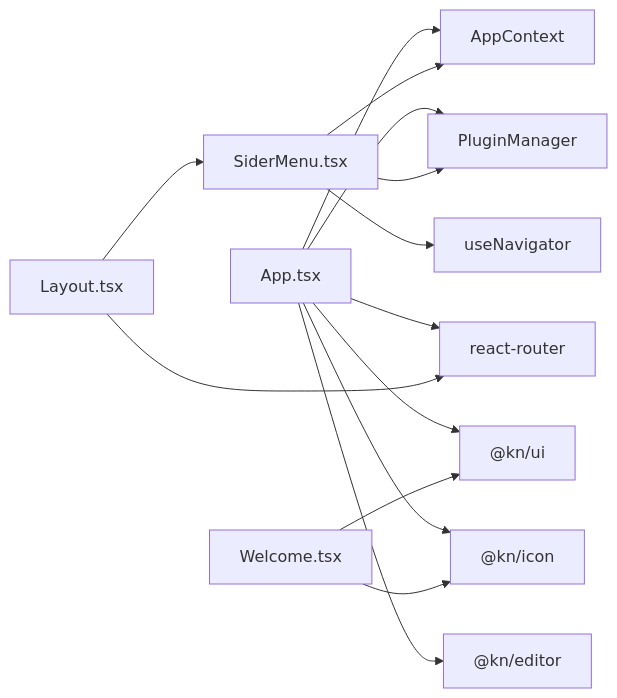
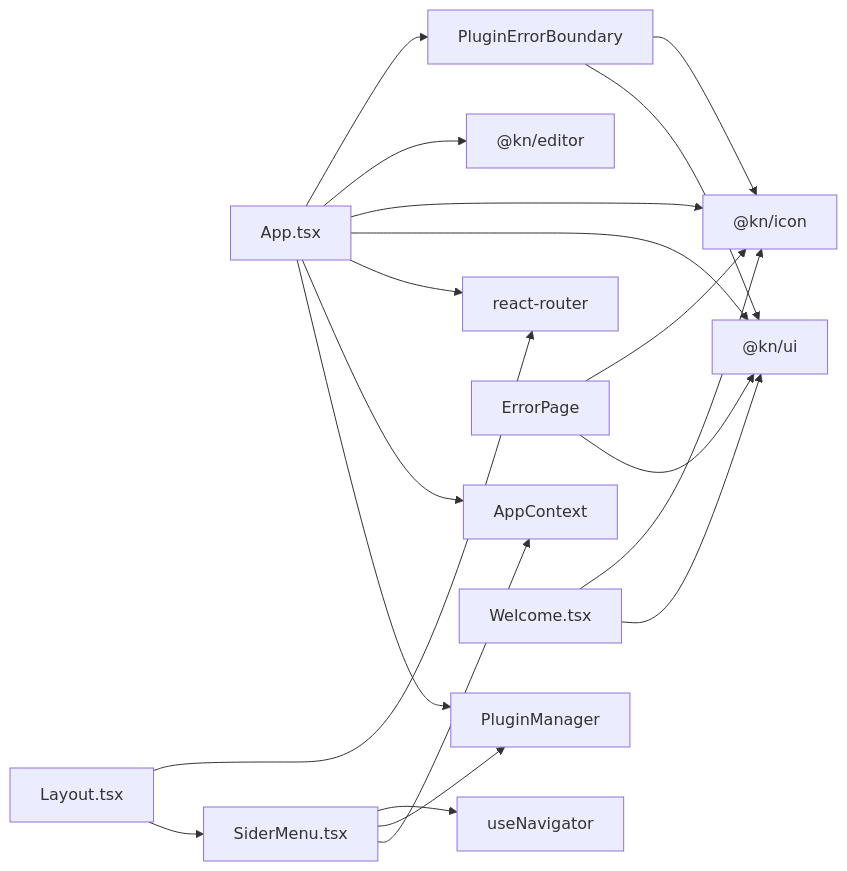
Before and after one commit to LRF0422/Kotion: diagram 11 of 11 in .qoder/repowiki/zh/content/核心模块/应用主组件.md, drawn with Mermaid. The commit also changed other lines of this file and 14 other files, not shown here.

````diff
--- a/.qoder/repowiki/zh/content/核心模块/应用主组件.md
+++ b/.qoder/repowiki/zh/content/核心模块/应用主组件.md
@@ -423,16 +523,21 @@
 ```mermaid
 graph LR
 App["App.tsx"] --> PM["PluginManager"]
 App --> Ctx["AppContext"]
 App --> R["react-router"]
 App --> UI["@kn/ui"]
 App --> ICON["@kn/icon"]
 App --> EDIT["@kn/editor"]
+App --> PEB["PluginErrorBoundary"]
+PEB --> UI
+PEB --> ICON
+ErrorPage --> UI
+ErrorPage --> ICON
 Layout["Layout.tsx"] --> Sider["SiderMenu.tsx"]
 Layout --> R
 Sider --> Ctx
 Sider --> PM
 Sider --> Nav["useNavigator"]
 Welcome["Welcome.tsx"] --> UI
 Welcome --> ICON
 ```
````
